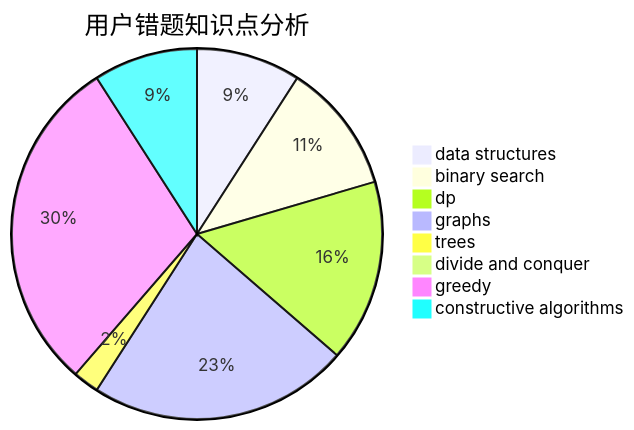
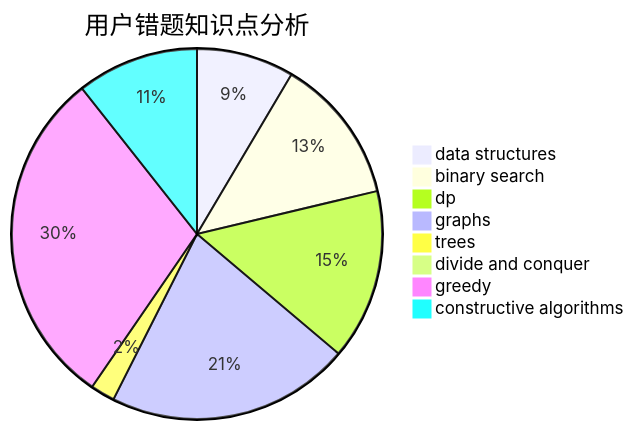
The third of 3 diagrams in docs/user/u326.md (sherpahu/cfrs.github.io), drawn with Mermaid before and after one commit. The commit also changed other lines of this file and 2770 other files, not shown here.

````diff
--- a/docs/user/u326.md
+++ b/docs/user/u326.md
@@ -36,11 +36,11 @@
 ```mermaid
 pie title 用户错题知识点分析
     "data structures" :  4
-    "binary search" :  5
+    "binary search" :  6
     "dp" :  7
     "graphs" :  10
     "trees" :  1
     "divide and conquer" :  0
-    "greedy" :  13
-    "constructive algorithms" :  4
+    "greedy" :  14
+    "constructive algorithms" :  5
 ```
````
